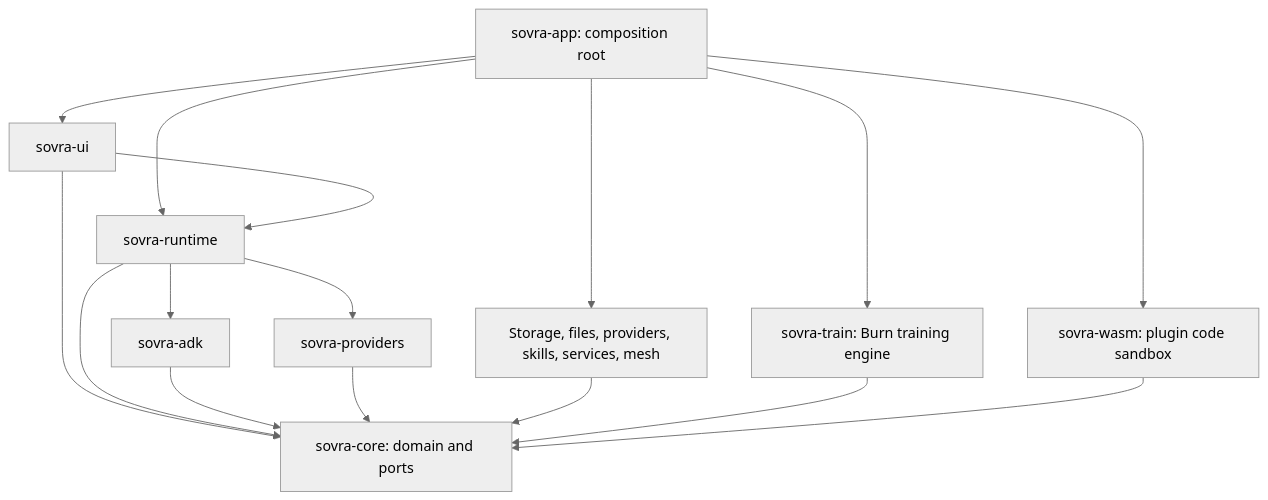
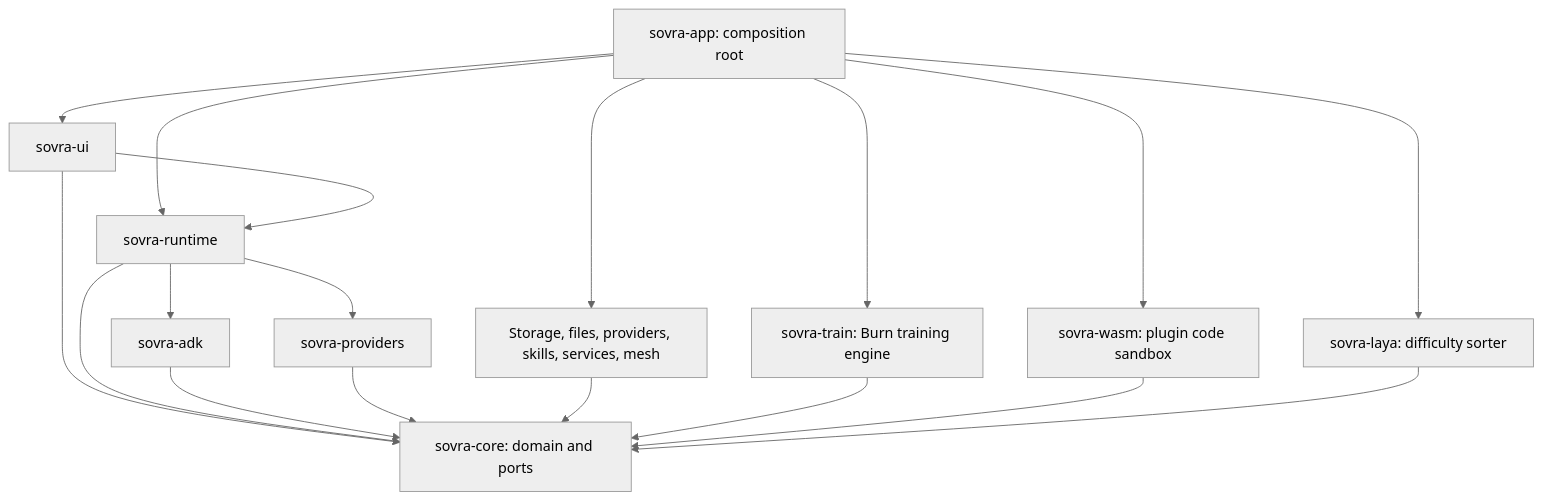
One commit to Sovra-AI/SovraHarness changed the first of 2 diagrams in docs/architecture.md. Above: the diagram before and after it, drawn with Mermaid (neutral theme). The commit also changed other lines of this file and 44 other files, not shown here.

````diff
--- a/docs/architecture.md
+++ b/docs/architecture.md
@@ -30,18 +31,20 @@
 ```mermaid
 flowchart TB
   app["sovra-app: composition root"] --> ui["sovra-ui"]
   app --> runtime["sovra-runtime"]
   app --> adapters["Storage, files, providers, skills, services, mesh"]
   ui --> runtime
   ui --> core["sovra-core: domain and ports"]
   runtime --> adk["sovra-adk"]
   runtime --> providers["sovra-providers"]
   runtime --> core
   adk --> core
   providers --> core
   adapters --> core
   app --> train["sovra-train: Burn training engine"]
   train --> core
   app --> wasm["sovra-wasm: plugin code sandbox"]
   wasm --> core
+  app --> laya["sovra-laya: difficulty sorter"]
+  laya --> core
 ```
````
